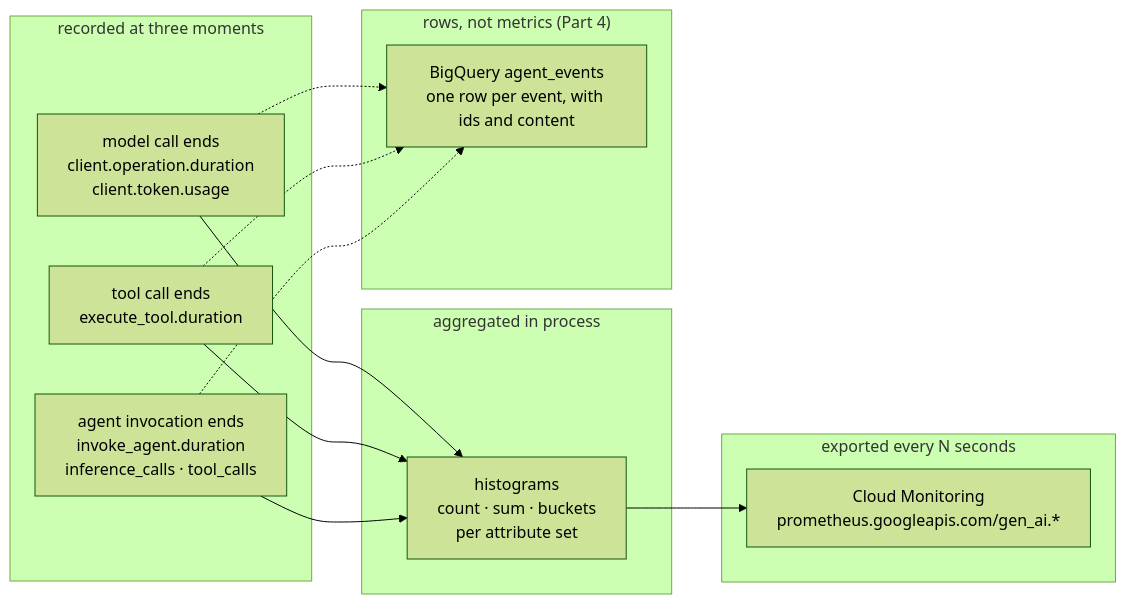
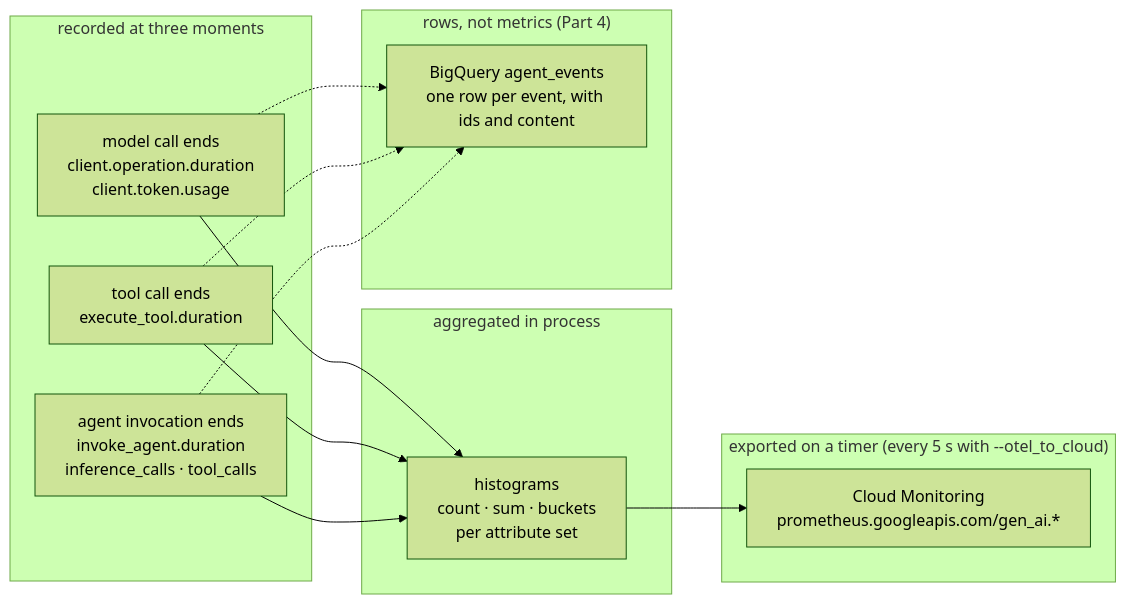
One commit to roitraining/gcp-demos changed the diagram in ai/adk/metrics/TUTORIAL.md. Above: the diagram before and after it, drawn with Mermaid (forest theme). The commit also changed other lines of this file and 13 other files, not shown here.

````diff
--- a/ai/adk/metrics/TUTORIAL.md
+++ b/ai/adk/metrics/TUTORIAL.md
@@ -15,24 +14,24 @@
 ```mermaid
 flowchart LR
   subgraph rec["recorded at three moments"]
     m1["model call ends<br/>client.operation.duration<br/>client.token.usage"]
     m2["tool call ends<br/>execute_tool.duration"]
     m3["agent invocation ends<br/>invoke_agent.duration<br/>inference_calls · tool_calls"]
   end
   subgraph agg["aggregated in process"]
     h["histograms<br/>count · sum · buckets<br/>per attribute set"]
   end
-  subgraph out["exported every N seconds"]
+  subgraph out["exported on a timer (every 5 s with --otel_to_cloud)"]
     cm["Cloud Monitoring<br/>prometheus.googleapis.com/gen_ai.*"]
   end
   subgraph rows["rows, not metrics (Part 4)"]
     bq["BigQuery agent_events<br/>one row per event, with ids and content"]
   end
   m1 --> h
   m2 --> h
   m3 --> h
   h --> cm
   m1 -.-> bq
   m2 -.-> bq
   m3 -.-> bq
 ```
````
